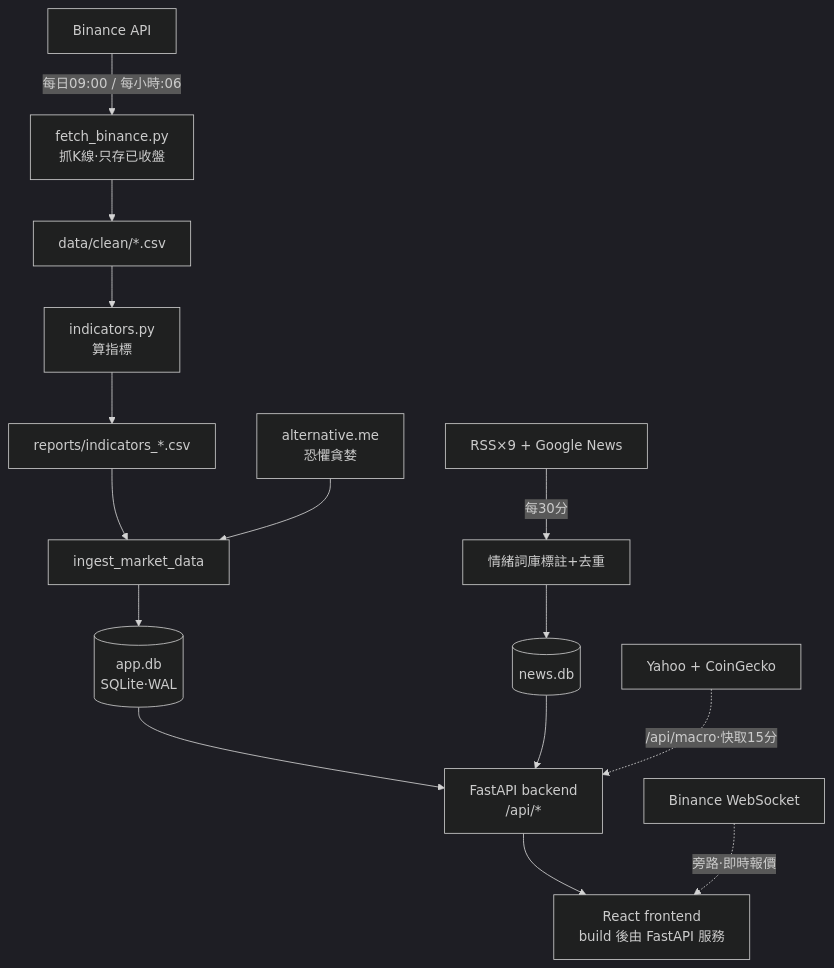
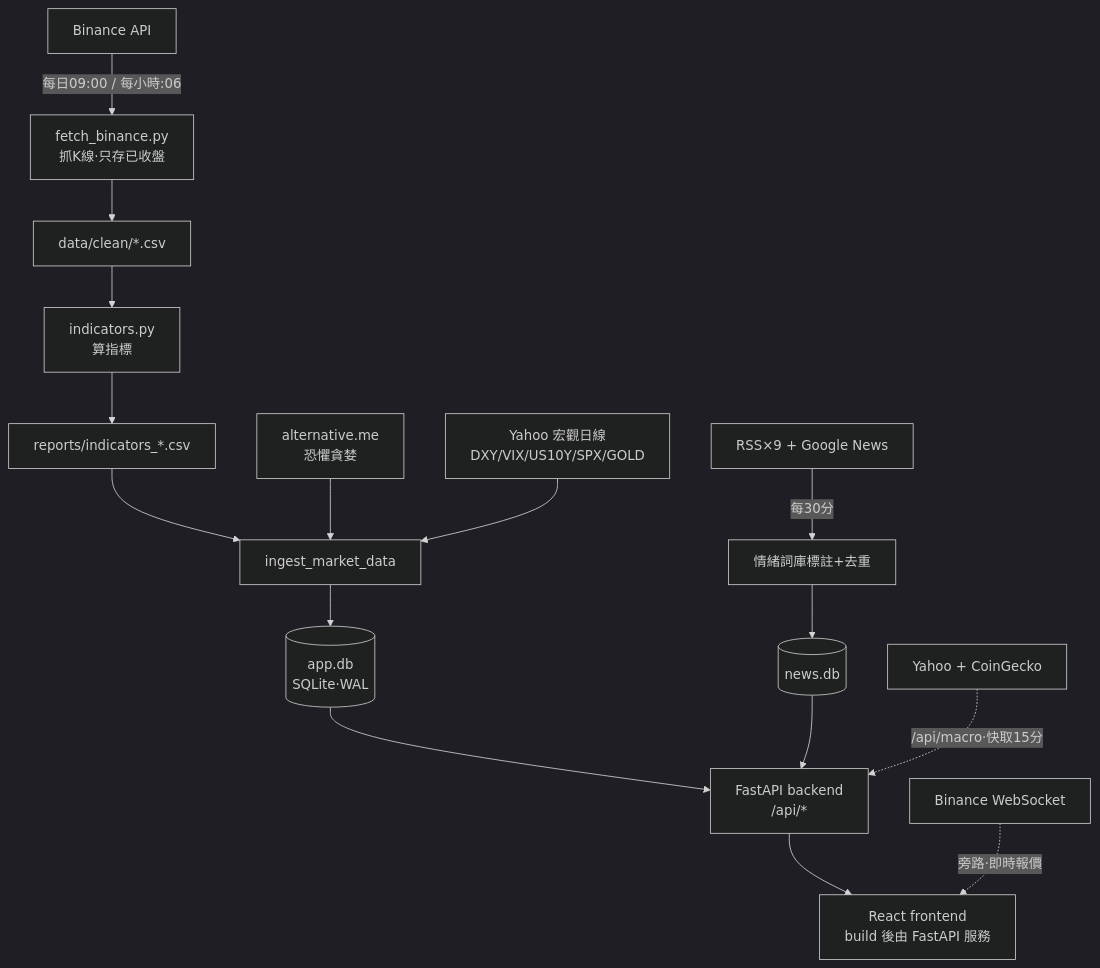
Before and after one commit to yunzhenz-chainwin/crypto-quant: the first of 5 diagrams in README.md, drawn with Mermaid (dark theme). The commit also changed other lines of this file and 13 other files, not shown here.

````diff
--- a/README.md
+++ b/README.md
@@ -77,17 +79,18 @@
 ```mermaid
 flowchart TD
     BN["Binance API"] -->|"每日09:00 / 每小時:06"| FE["fetch_binance.py<br/>抓K線·只存已收盤"]
     FE --> CSV["data/clean/*.csv"]
     CSV --> IND["indicators.py<br/>算指標"]
     IND --> RPT["reports/indicators_*.csv"]
     RPT --> ING["ingest_market_data"]
     RSS["RSS×9 + Google News"] -->|"每30分"| NEWS["情緒詞庫標註+去重"]
     NEWS --> NDB[("news.db")]
     AM["alternative.me<br/>恐懼貪婪"] --> ING
     ING --> ADB[("app.db<br/>SQLite·WAL")]
     ADB --> API["FastAPI backend<br/>/api/*"]
     NDB --> API
     API --> FRO["React frontend<br/>build 後由 FastAPI 服務"]
     BNWS["Binance WebSocket"] -.->|"旁路·即時報價"| FRO
     YH["Yahoo + CoinGecko"] -.->|"/api/macro·快取15分"| API
+    YHD["Yahoo 宏觀日線<br/>DXY/VIX/US10Y/SPX/GOLD"] --> ING
 ```
````
